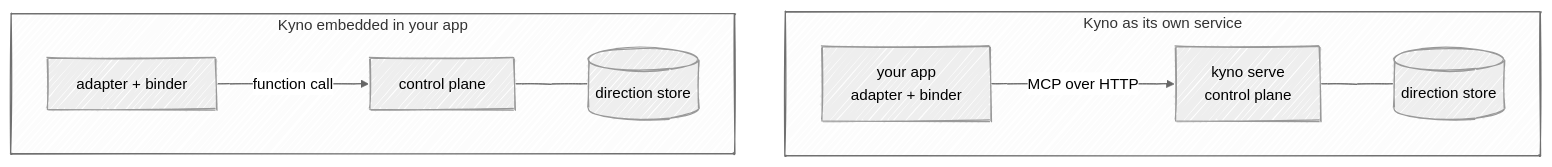
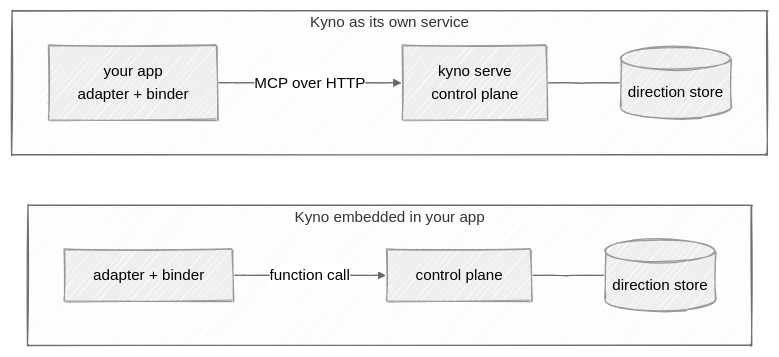
The first of 2 diagrams in docs/adapters.md (cizambra/kyno), drawn with Mermaid before and after one commit.

Commit message:
Stack the two deployment shapes vertically

````diff
--- a/docs/adapters.md
+++ b/docs/adapters.md
@@ -50,18 +50,19 @@
 ```mermaid
 ---
 config:
   look: handDrawn
   theme: neutral
 ---
 flowchart TB
   subgraph svc["Kyno as its own service"]
     direction LR
     A1["your app<br/>adapter + binder"] -- "MCP over HTTP" --> K1["kyno serve<br/>control plane"]
     K1 --- S1[("direction store")]
   end
   subgraph emb["Kyno embedded in your app"]
     direction LR
     B2["adapter + binder"] -- "function call" --> K2["control plane"]
     K2 --- S2[("direction store")]
   end
+  svc ~~~ emb
 ```
````
